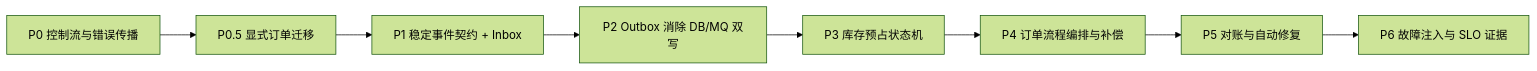
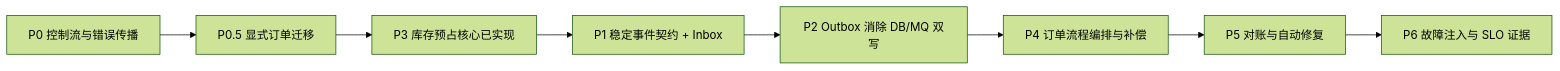
One commit to jiahuipaung/gorder changed the first of 2 diagrams in docs/architecture/evolution.md. Above: the diagram before and after it, drawn with Mermaid (forest theme). The commit also changed other lines of this file and 60 other files, not shown here.

First line of the commit message:
Add recoverable inventory reservation flow

````diff
--- a/docs/architecture/evolution.md
+++ b/docs/architecture/evolution.md
@@ -23,10 +24,10 @@
 ```mermaid
 flowchart LR
     P0[P0 控制流与错误传播] --> P05[P0.5 显式订单迁移]
-    P05 --> P1[P1 稳定事件契约 + Inbox]
+    P05 --> P3[P3 库存预占核心已实现]
+    P3 --> P1[P1 稳定事件契约 + Inbox]
     P1 --> P2[P2 Outbox 消除 DB/MQ 双写]
-    P2 --> P3[P3 库存预占状态机]
-    P3 --> P4[P4 订单流程编排与补偿]
+    P2 --> P4[P4 订单流程编排与补偿]
     P4 --> P5[P5 对账与自动修复]
     P5 --> P6[P6 故障注入与 SLO 证据]
 ```
````
